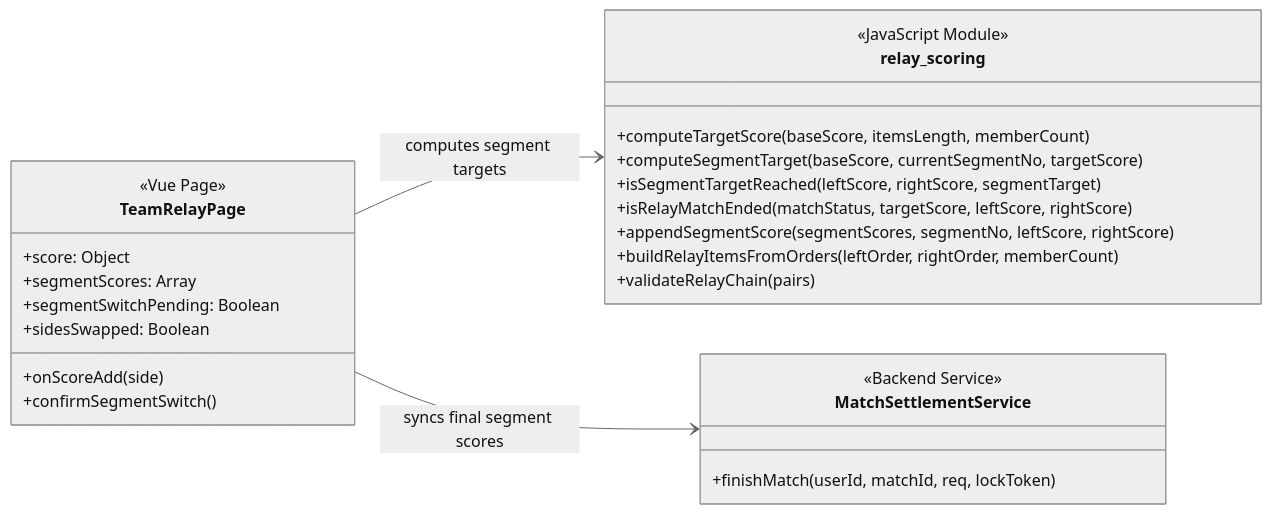
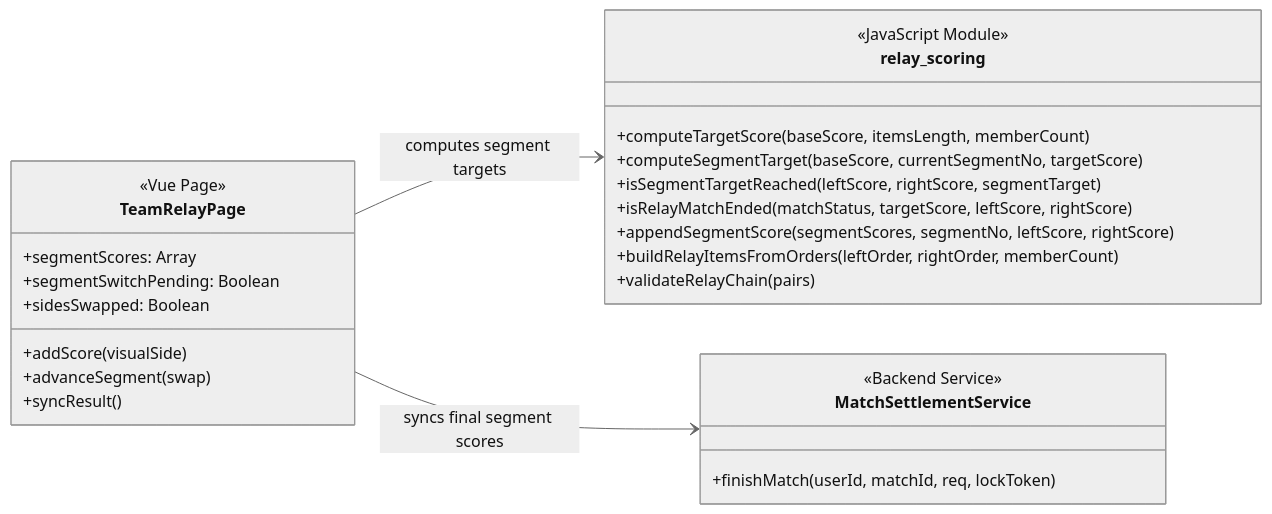
One commit to lijingyuu/Scoring changed the seventh of 10 diagrams in docs/类图.md. Above: the diagram before and after it, drawn with Mermaid (neutral theme). The commit also changed other lines of this file and 13 other files, not shown here.

First line of the commit message:
docs: 文档全量同步当前版本（限流/错误码/分段规则/撤销补偿/新类视图）

````diff
--- a/docs/类图.md
+++ b/docs/类图.md
@@ -625,33 +651,33 @@
 ```mermaid
 classDiagram
 direction LR
 
 class TeamRelayPage {
   <<Vue Page>>
-  +score: Object
   +segmentScores: Array
   +segmentSwitchPending: Boolean
   +sidesSwapped: Boolean
-  +onScoreAdd(side)
-  +confirmSegmentSwitch()
+  +addScore(visualSide)
+  +advanceSegment(swap)
+  +syncResult()
 }
 
 class relay_scoring {
   <<JavaScript Module>>
   +computeTargetScore(baseScore, itemsLength, memberCount)
   +computeSegmentTarget(baseScore, currentSegmentNo, targetScore)
   +isSegmentTargetReached(leftScore, rightScore, segmentTarget)
   +isRelayMatchEnded(matchStatus, targetScore, leftScore, rightScore)
   +appendSegmentScore(segmentScores, segmentNo, leftScore, rightScore)
   +buildRelayItemsFromOrders(leftOrder, rightOrder, memberCount)
   +validateRelayChain(pairs)
 }
 
 class MatchSettlementService {
   <<Backend Service>>
   +finishMatch(userId, matchId, req, lockToken)
 }
 
 TeamRelayPage --> relay_scoring : computes segment targets
 TeamRelayPage --> MatchSettlementService : syncs final segment scores
 ```
````
